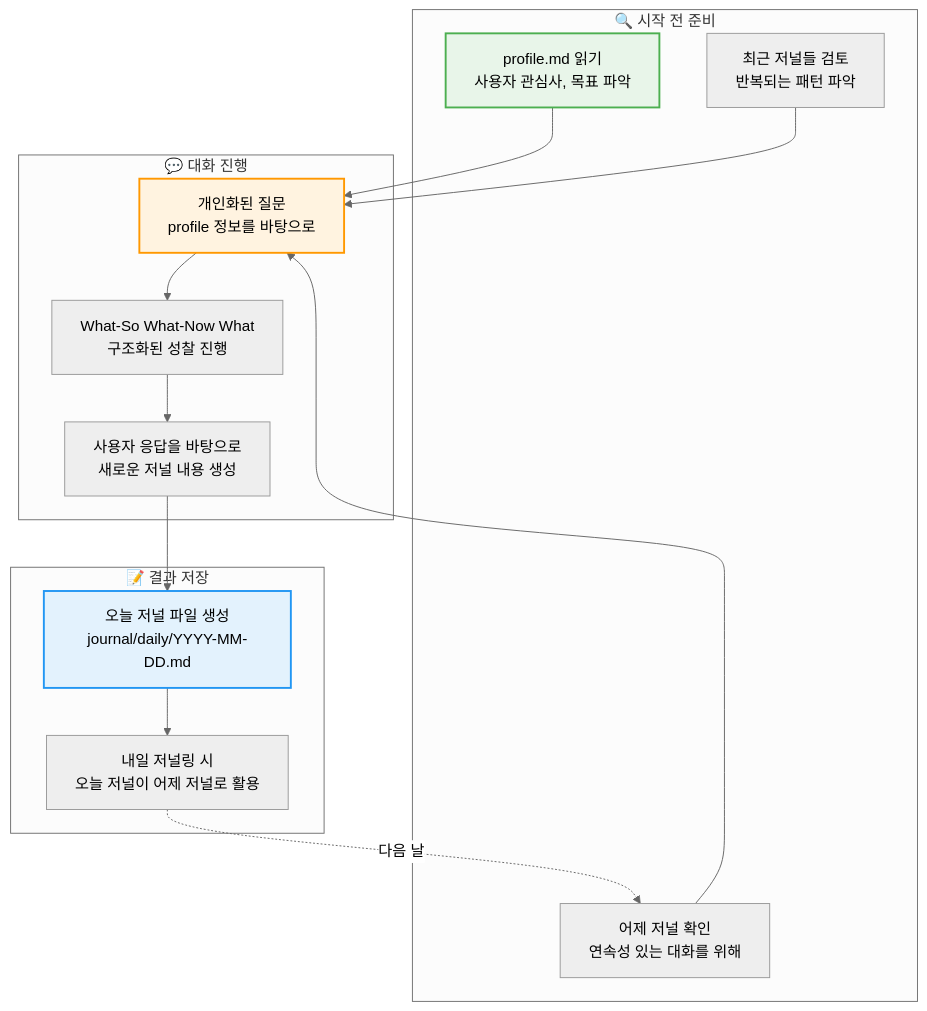
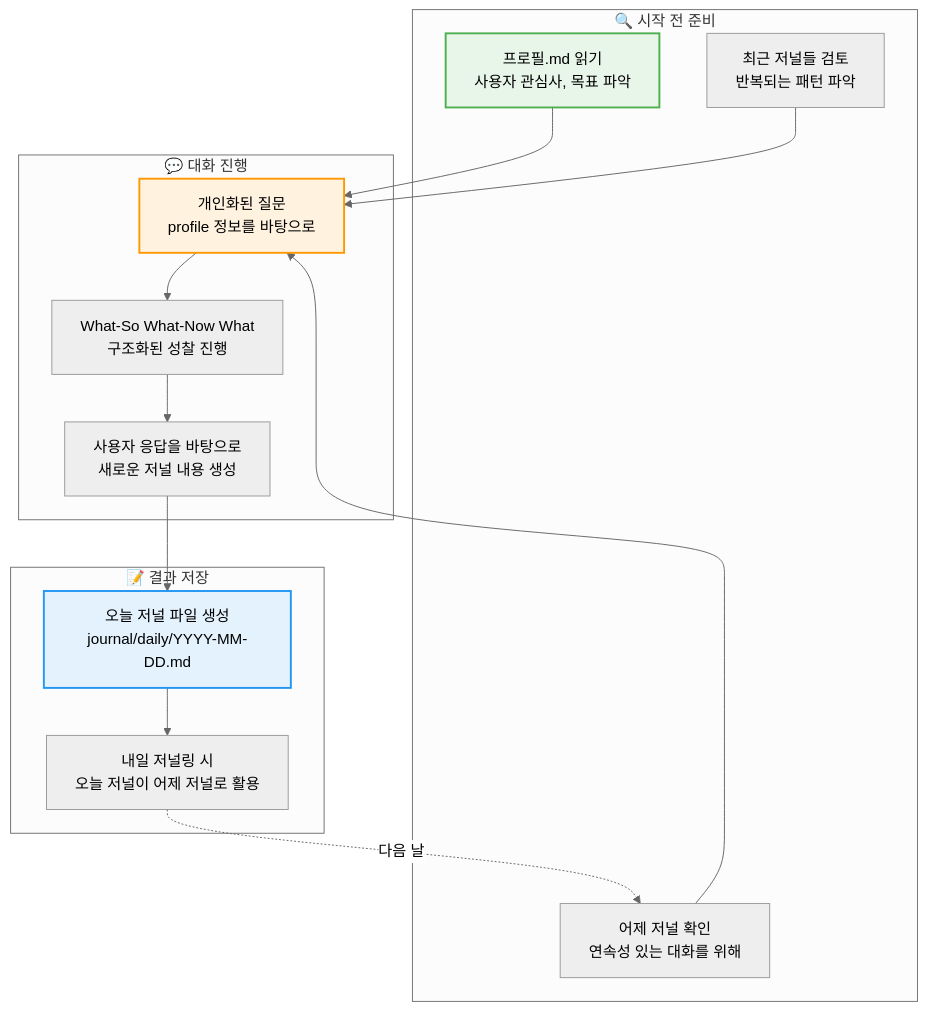
One commit to hoetaek/reflective-conversational-journal changed the fourth of 4 diagrams in README.md. Above: the diagram before and after it, drawn with Mermaid (neutral theme). The commit also changed other lines of this file and 5 other files, not shown here.

````diff
--- a/README.md
+++ b/README.md
@@ -440,32 +440,32 @@
 ```mermaid
 flowchart TD
     subgraph "🔍 시작 전 준비"
-        A[profile.md 읽기<br/>사용자 관심사, 목표 파악]
+        A[프로필.md 읽기<br/>사용자 관심사, 목표 파악]
         B[어제 저널 확인<br/>연속성 있는 대화를 위해]
         C[최근 저널들 검토<br/>반복되는 패턴 파악]
     end
 
     subgraph "💬 대화 진행"
         D[개인화된 질문<br/>profile 정보를 바탕으로]
         E[What-So What-Now What<br/>구조화된 성찰 진행]
         F[사용자 응답을 바탕으로<br/>새로운 저널 내용 생성]
     end
 
     subgraph "📝 결과 저장"
         G[오늘 저널 파일 생성<br/>journal/daily/YYYY-MM-DD.md]
         H[내일 저널링 시<br/>오늘 저널이 어제 저널로 활용]
     end
 
     A --> D
     B --> D
     C --> D
     D --> E
     E --> F
     F --> G
     G --> H
     H -.->|다음 날| B
 
     style A fill:#e8f5e9,stroke:#4caf50,stroke-width:2px
     style D fill:#fff3e0,stroke:#ff9800,stroke-width:2px
     style G fill:#e3f2fd,stroke:#2196f3,stroke-width:2px
 ```
````
